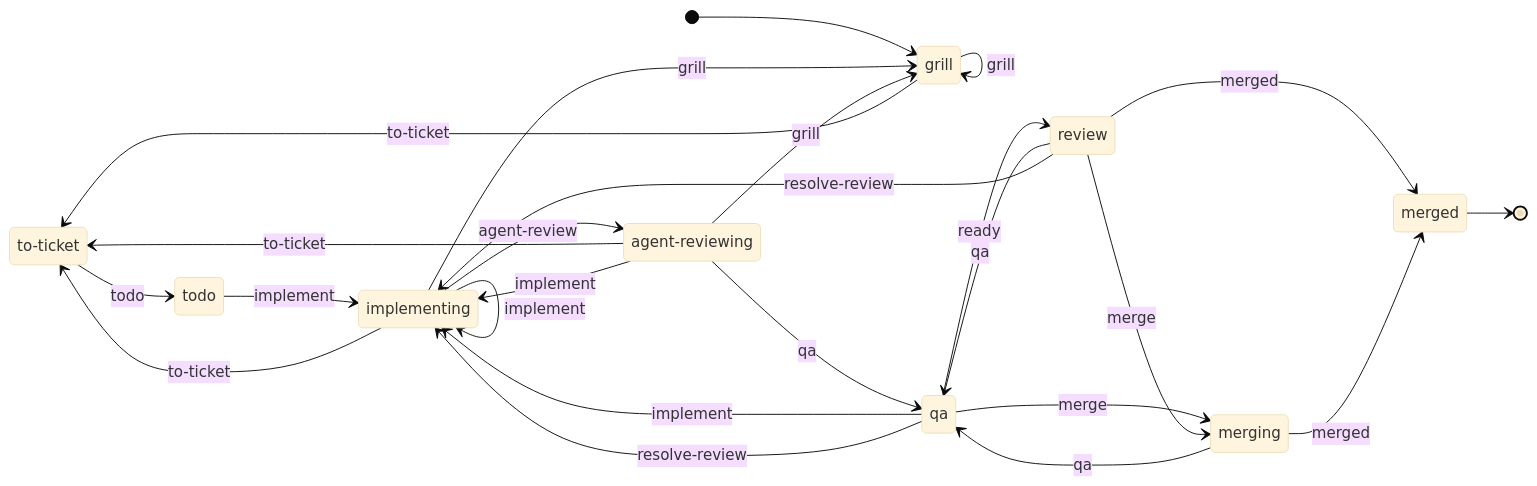
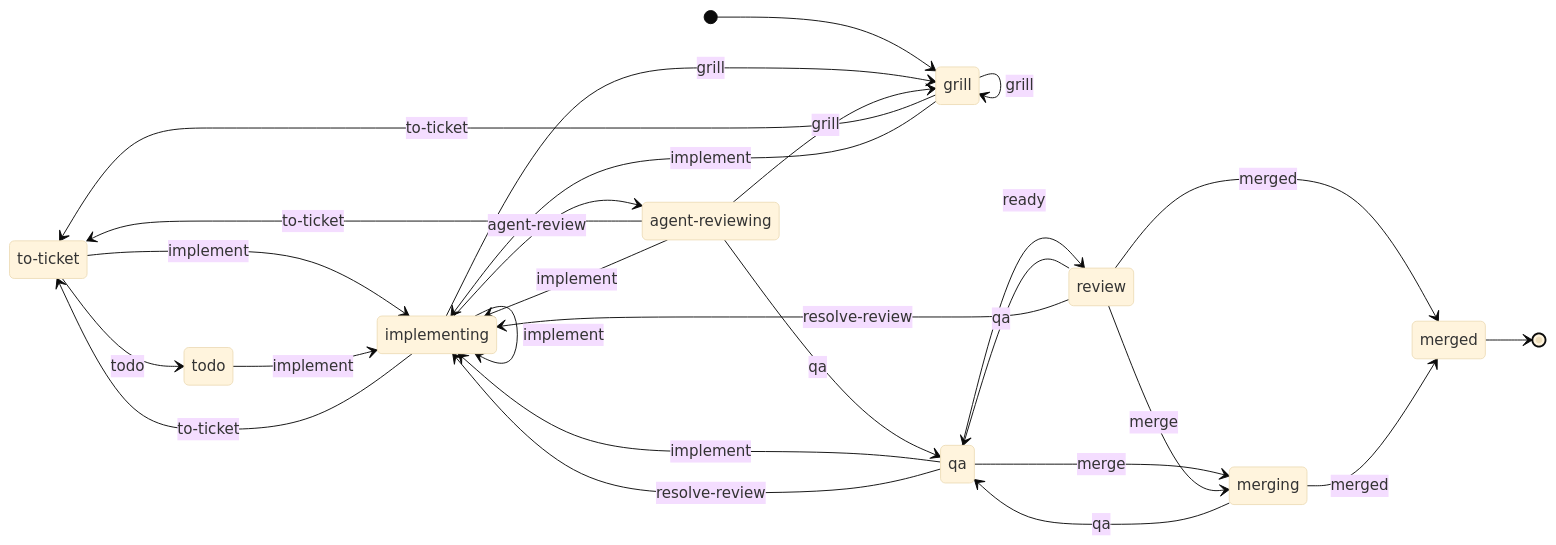
The diagram in apps/mb-workflow/docs/flow.md (MartinBernstorff/mb-workflow), drawn with Mermaid (base theme) before and after one commit. The commit also changed 3 other files, not shown here.

First line of the commit message:
feat(flow): allow implement from grill and to-ticket (MB-176) (#135)

````diff
--- a/apps/mb-workflow/docs/flow.md
+++ b/apps/mb-workflow/docs/flow.md
@@ -1,30 +1,32 @@
 ```mermaid
 stateDiagram-v2
     direction LR
     state "to-ticket" as to_ticket
     state "agent-reviewing" as agent_reviewing
     [*] --> grill
     merged --> [*]
     grill --> grill : grill
     grill --> to_ticket : to-ticket
+    grill --> implementing : implement
     to_ticket --> todo : todo
+    to_ticket --> implementing : implement
     todo --> implementing : implement
     implementing --> grill : grill
     implementing --> to_ticket : to-ticket
     implementing --> implementing : implement
     implementing --> agent_reviewing : agent-review
     agent_reviewing --> grill : grill
     agent_reviewing --> to_ticket : to-ticket
     agent_reviewing --> implementing : implement
     agent_reviewing --> qa : qa
     qa --> implementing : implement
     qa --> review : ready
     qa --> merging : merge
     qa --> implementing : resolve-review
     review --> qa : qa
     review --> merging : merge
     review --> merged : merged
     review --> implementing : resolve-review
     merging --> qa : qa
     merging --> merged : merged
 ```
````
